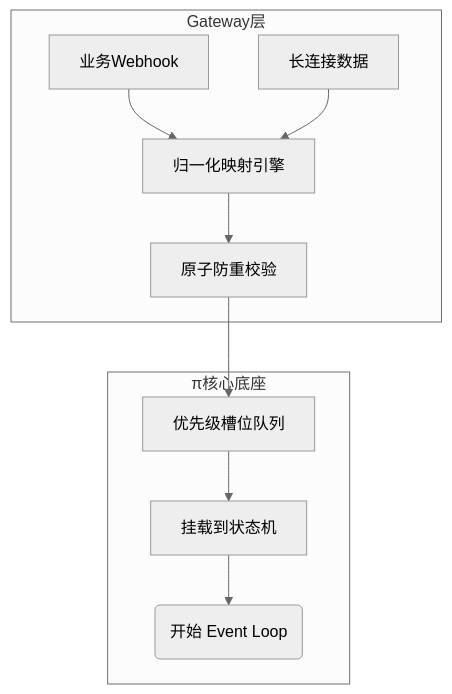
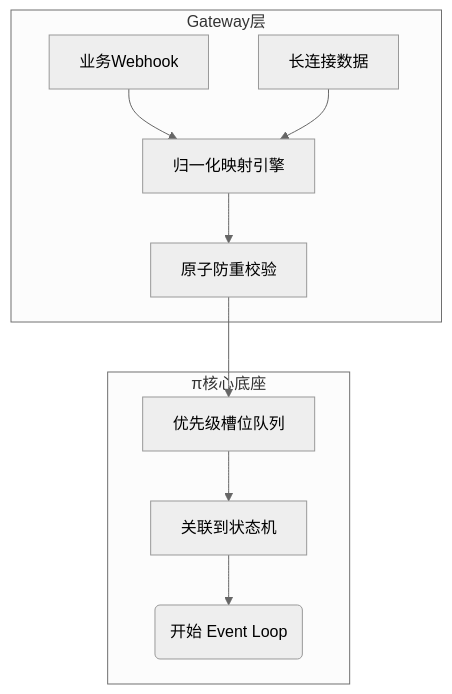
The first of 2 diagrams in 10_agent_loop/10.2_entry_queue.md (yeasy/openclaw_guide), drawn with Mermaid (neutral theme) before and after one commit. The commit also changed other lines of this file and 46 other files, not shown here.

````diff
--- a/10_agent_loop/10.2_entry_queue.md
+++ b/10_agent_loop/10.2_entry_queue.md
@@ -38,13 +38,13 @@
 ```mermaid
 flowchart TD
   subgraph Gateway层
     E1[业务Webhook] --> N[归一化映射引擎]
     E2[长连接数据] --> N
     N --> D[原子防重校验]
   end
   subgraph π核心底座
     D --> Q[优先级槽位队列]
-    Q --> S[挂载到状态机]
+    Q --> S[关联到状态机]
     S --> R(开始 Event Loop)
   end
 ```
````
